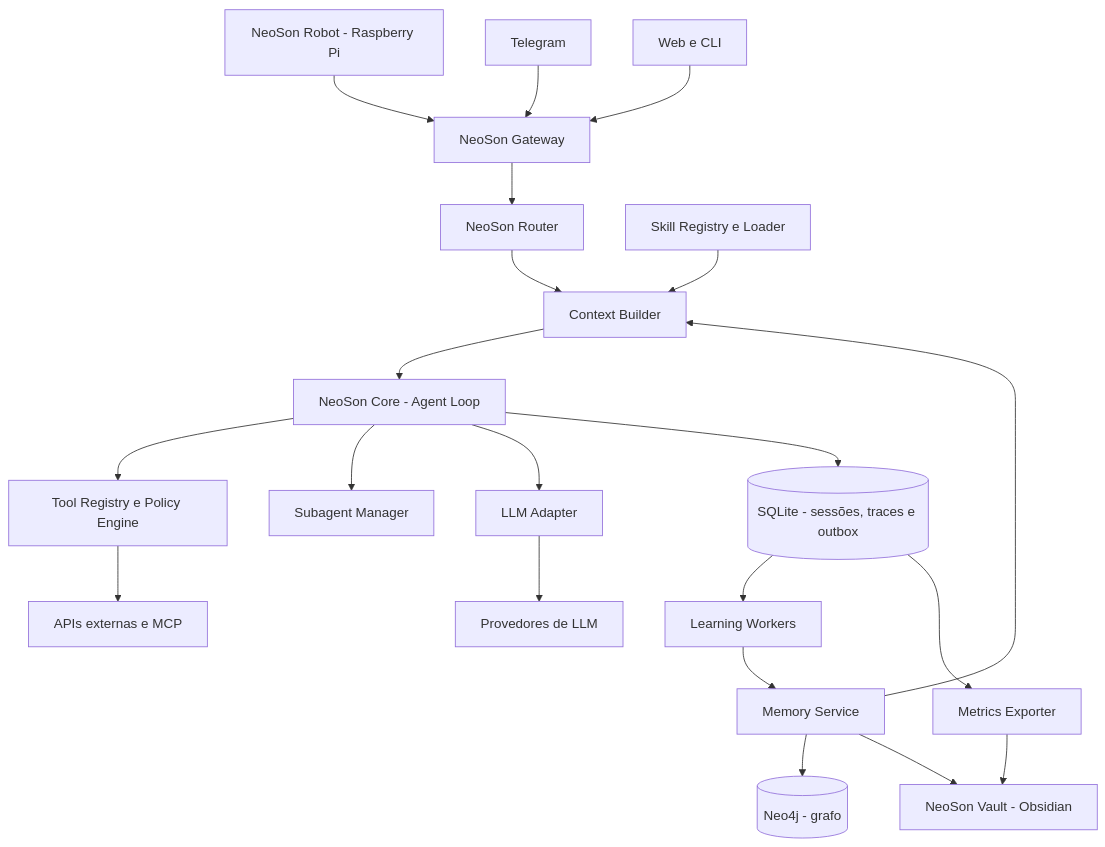
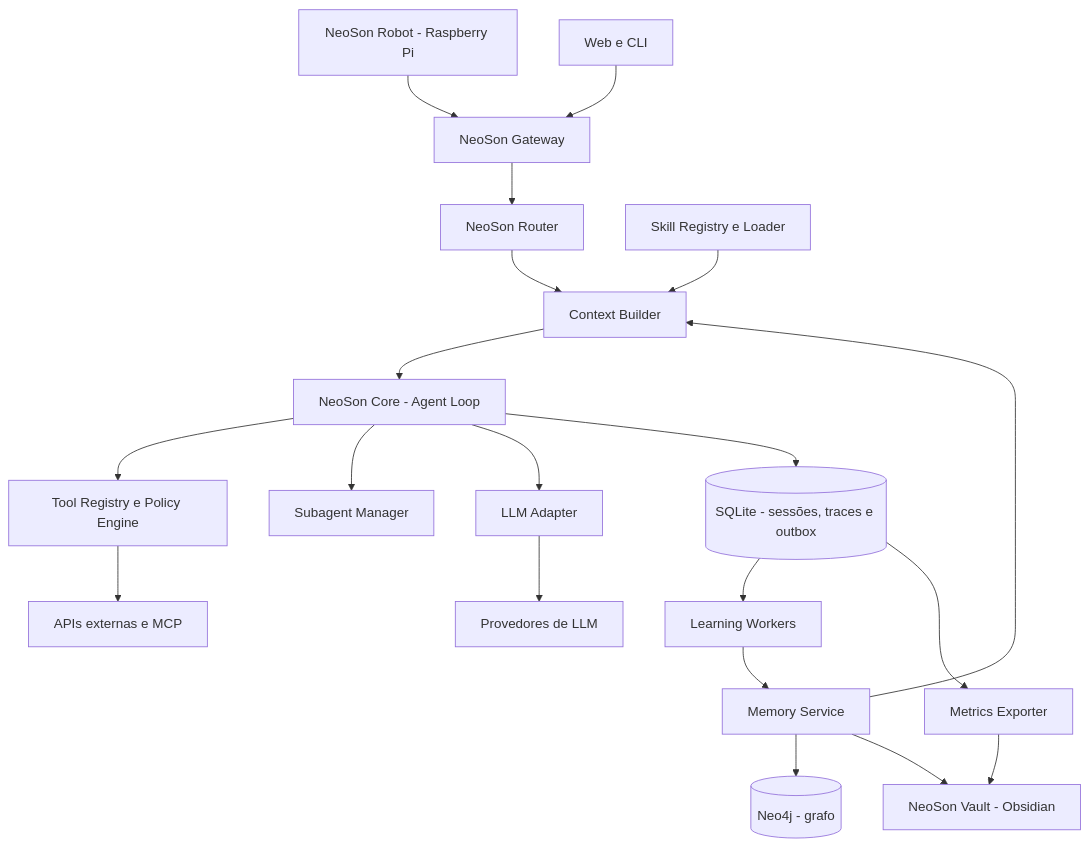
One commit to mhnasser/neoson changed the diagram in docs/architecture/NeoSon_Diagramas_Mermaid_v1.0/D01.mmd. Above: the diagram before and after it, drawn with Mermaid. The commit also changed 32 other files, not shown here.

```diff
--- a/docs/architecture/NeoSon_Diagramas_Mermaid_v1.0/D01.mmd
+++ b/docs/architecture/NeoSon_Diagramas_Mermaid_v1.0/D01.mmd
@@ -1,40 +1,38 @@
 flowchart TB
     PI[NeoSon Robot - Raspberry Pi]
-    TG[Telegram]
     WEB[Web e CLI]
     GW[NeoSon Gateway]
     ROUTER[NeoSon Router]
     CORE[NeoSon Core - Agent Loop]
     CTX[Context Builder]
     SK[Skill Registry e Loader]
     TOOL[Tool Registry e Policy Engine]
     SUB[Subagent Manager]
     LLM[LLM Adapter]
     DB[(SQLite - sessões, traces e outbox)]
     MEM[Memory Service]
     NEO[(Neo4j - grafo)]
     VAULT[NeoSon Vault - Obsidian]
     WORK[Learning Workers]
     DASH[Metrics Exporter]
     EXT[APIs externas e MCP]
     MODELS[Provedores de LLM]
     PI --> GW
-    TG --> GW
     WEB --> GW
     GW --> ROUTER
     ROUTER --> CTX
     CTX --> CORE
     SK --> CTX
     MEM --> CTX
     CORE --> TOOL
     CORE --> SUB
     CORE --> LLM
     TOOL --> EXT
     LLM --> MODELS
     CORE --> DB
     DB --> WORK
     WORK --> MEM
     MEM --> NEO
     MEM --> VAULT
     DB --> DASH
     DASH --> VAULT
```
